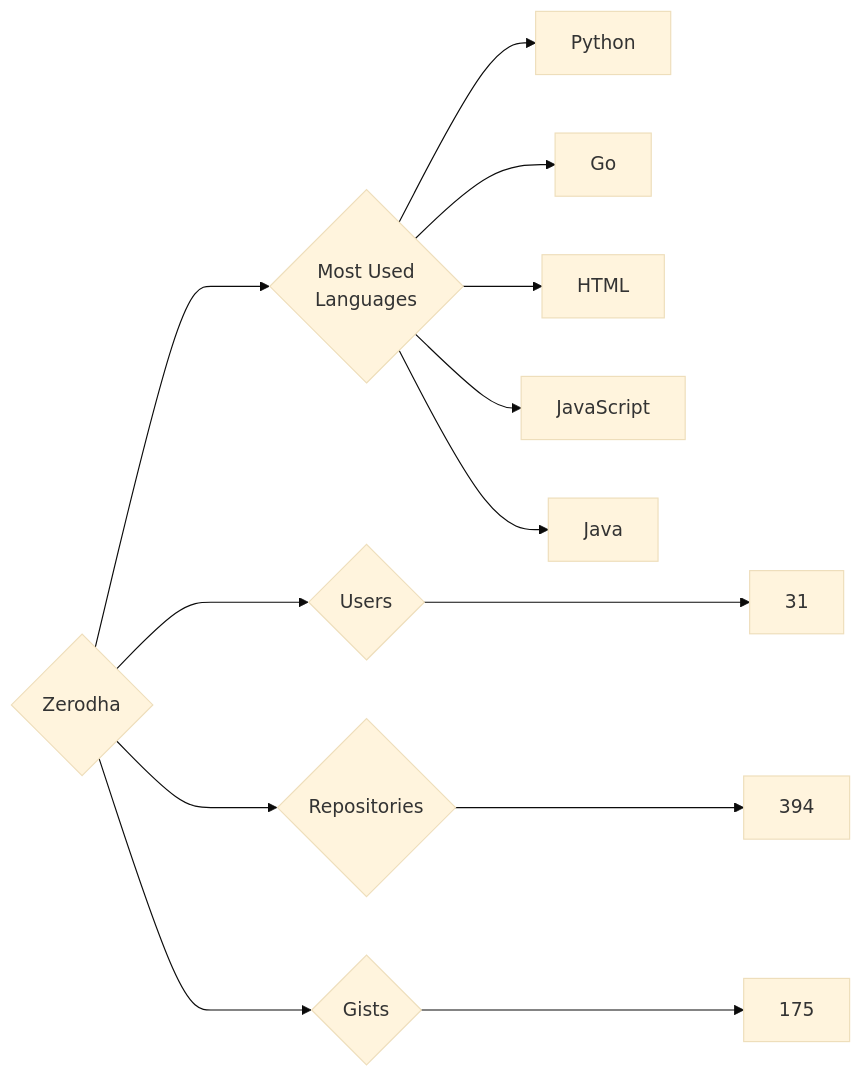
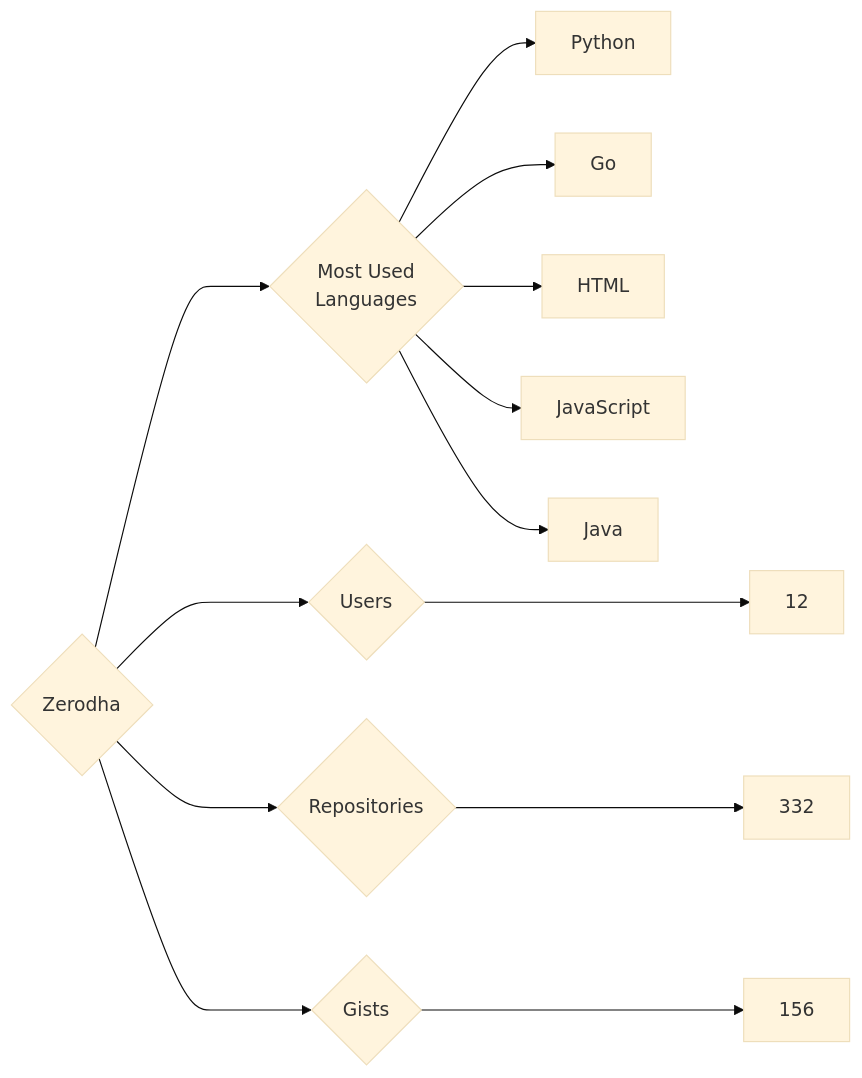
One commit to trickest/insiders changed the diagram in targets/Zerodha/README.md. Above: the diagram before and after it, drawn with Mermaid (base theme). The commit also changed 912 other files, not shown here.

````diff
--- a/targets/Zerodha/README.md
+++ b/targets/Zerodha/README.md
@@ -3,13 +3,13 @@
 ```mermaid
 graph LR
 COMPANY_NAME{Zerodha}
-COMPANY_NAME ---> U{Users} ---> UN[31]
-COMPANY_NAME ---> R{Repositories} ---> RN[394]
-COMPANY_NAME ---> G{Gists} ---> GN[175]
+COMPANY_NAME ---> U{Users} ---> UN[12]
+COMPANY_NAME ---> R{Repositories} ---> RN[332]
+COMPANY_NAME ---> G{Gists} ---> GN[156]
 COMPANY_NAME ---> ML{Most Used<br>Languages}
 ML --> Python[Python]
 ML --> Go[Go]
 ML --> HTML[HTML]
 ML --> JavaScript[JavaScript]
 ML --> Java[Java]
 ```
````
